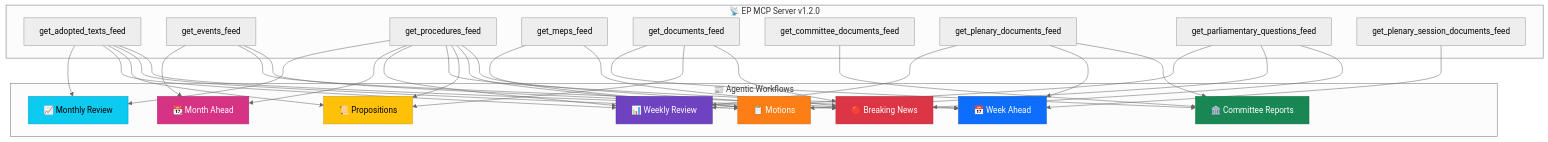
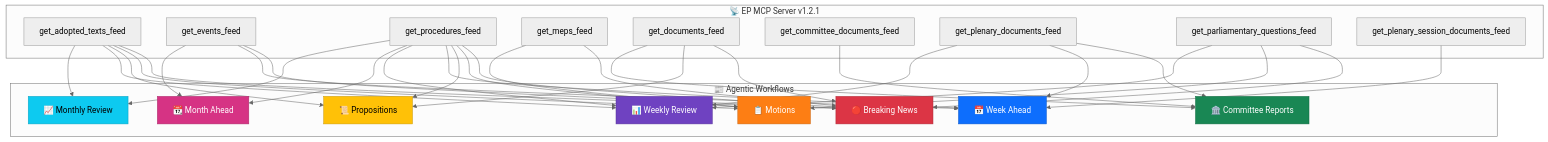
Before and after one commit to Hack23/euparliamentmonitor: the fifth of 7 diagrams in analysis/README.md, drawn with Mermaid (neutral theme). The commit also changed other lines of this file and 30 other files, not shown here.

First line of the commit message:
chore: bump MCP server version references to 1.2.1

````diff
--- a/analysis/README.md
+++ b/analysis/README.md
@@ -497,44 +497,44 @@
 ```mermaid
 flowchart TD
-    subgraph "📡 EP MCP Server v1.2.0"
+    subgraph "📡 EP MCP Server v1.2.1"
         F1["get_adopted_texts_feed"]
         F2["get_events_feed"]
         F3["get_procedures_feed"]
         F4["get_meps_feed"]
         F5["get_documents_feed"]
         F6["get_committee_documents_feed"]
         F7["get_plenary_documents_feed"]
         F8["get_parliamentary_questions_feed"]
         F9["get_plenary_session_documents_feed"]
     end
 
     subgraph "📰 Agentic Workflows"
         W1["🔴 Breaking News"]
         W2["📋 Motions"]
         W3["📜 Propositions"]
         W4["🏛️ Committee Reports"]
         W5["📅 Week Ahead"]
         W6["📊 Weekly Review"]
         W7["📆 Month Ahead"]
         W8["📈 Monthly Review"]
     end
 
     F1 --> W1 & W2 & W3 & W6 & W8
     F2 --> W1 & W5 & W7
     F3 --> W1 & W2 & W3 & W5 & W6 & W7 & W8
     F4 --> W1 & W2
     F5 --> W1 & W3 & W4
     F6 --> W4
     F7 --> W4 & W5 & W6
     F8 --> W1 & W2 & W6
     F9 --> W5
 
     style W1 fill:#dc3545,stroke:#b02a37,color:#fff
     style W2 fill:#fd7e14,stroke:#ca6510,color:#fff
     style W3 fill:#ffc107,stroke:#cc9a06,color:#000
     style W4 fill:#198754,stroke:#146c43,color:#fff
     style W5 fill:#0d6efd,stroke:#0a58ca,color:#fff
     style W6 fill:#6f42c1,stroke:#59359a,color:#fff
     style W7 fill:#d63384,stroke:#ab296a,color:#fff
     style W8 fill:#0dcaf0,stroke:#0aa2c0,color:#000
 ```
````
